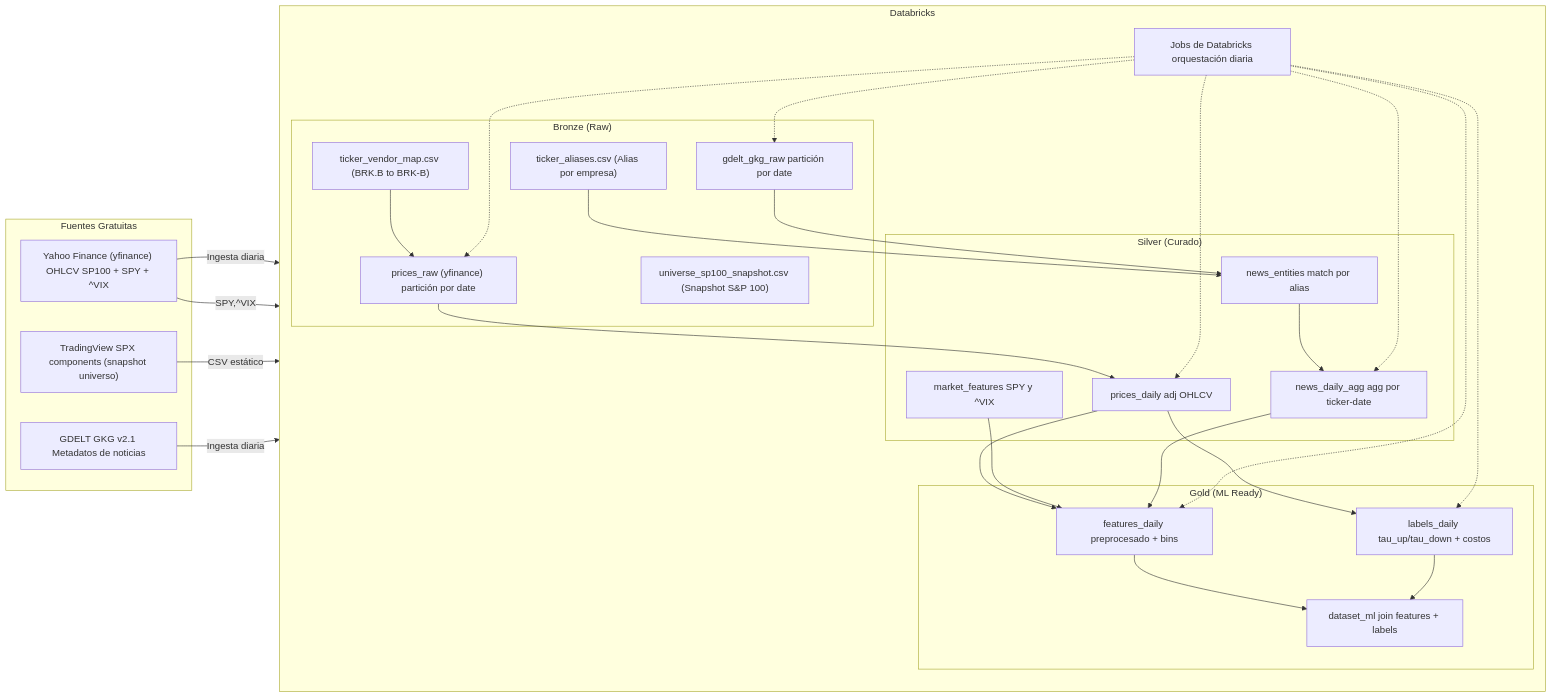
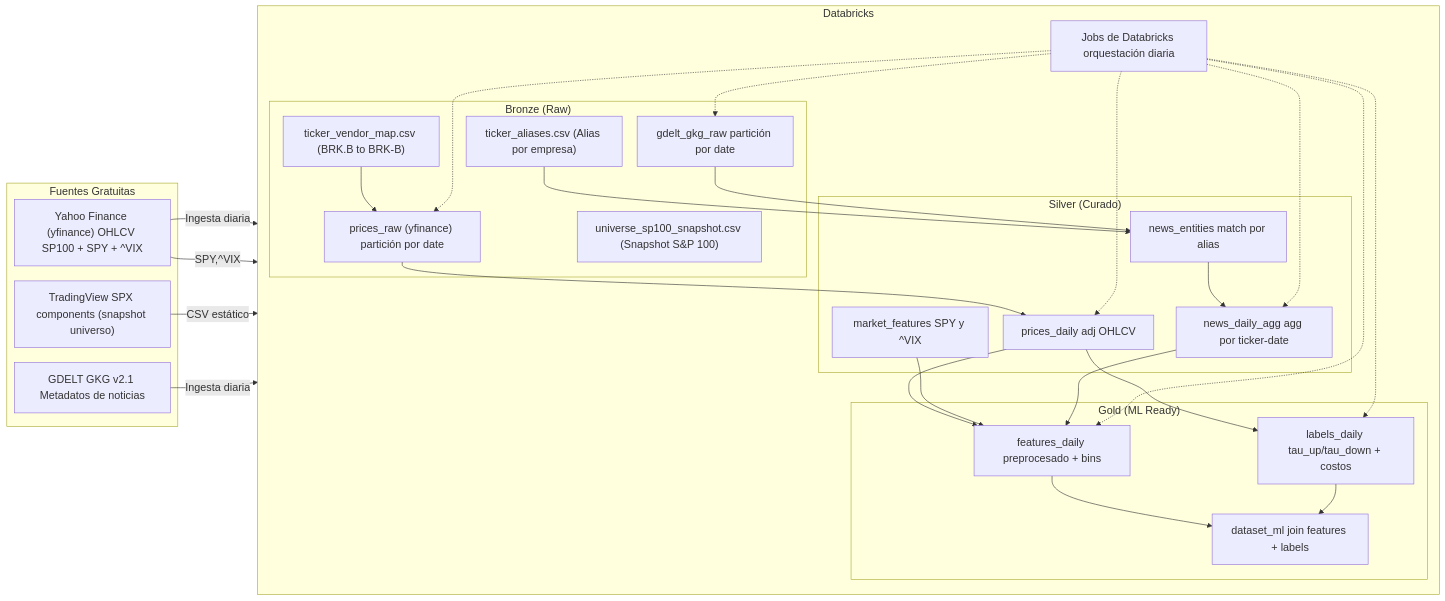
Before and after one commit to PabloPaezSheridan/TFM: the diagram in docs/docs_diagrams_arquitectura_mvp2.mmd, drawn with Mermaid.

Commit message:
Enhance the words size in diagram

```diff
--- a/docs/docs_diagrams_arquitectura_mvp2.mmd
+++ b/docs/docs_diagrams_arquitectura_mvp2.mmd
@@ -1,58 +1,59 @@
+%%{init: {'theme': 'default', 'themeVariables': { 'fontSize': '18px' }, 'flowchart': { 'nodeSpacing': 25, 'rankSpacing': 25 }}}%%
 flowchart LR
   %% Arquitectura MVP: Medallion + fuentes gratuitas (sin checks de calidad)
 
   subgraph Sources["Fuentes Gratuitas"]
     YF["Yahoo Finance (yfinance) OHLCV SP100 + SPY + ^VIX"]
     TV["TradingView SPX components (snapshot universo)"]
     GDELT["GDELT GKG v2.1 Metadatos de noticias"]
   end
 
   subgraph Databricks["Databricks"]
     direction TB
 
     subgraph Bronze["Bronze (Raw)"]
       U["universe_sp100_snapshot.csv (Snapshot S&amp;P 100)"]
       M["ticker_vendor_map.csv (BRK.B to BRK-B)"]
       A["ticker_aliases.csv (Alias por empresa)"]
       P["prices_raw (yfinance) partición por date"]
       N["gdelt_gkg_raw partición por date"]
     end
 
     subgraph Silver["Silver (Curado)"]
       PD["prices_daily adj OHLCV"]
       MF["market_features SPY y ^VIX"]
       NE["news_entities match por alias"]
       NA["news_daily_agg agg por ticker-date"]
     end
 
     subgraph Gold["Gold (ML Ready)"]
       FE["features_daily preprocesado + bins"]
       LB["labels_daily tau_up/tau_down + costos"]
       DS["dataset_ml join features + labels"]
     end
 
     O["Jobs de Databricks orquestación diaria"]
   end
 
   %% Flujo de datos
   YF -->|Ingesta diaria| P
   YF -->|SPY,^VIX| MF
   TV -->|CSV estático| U
   GDELT -->|Ingesta diaria| N
   M --> P
   A --> NE
 
   P --> PD
   PD --> FE
   MF --> FE
   N --> NE --> NA --> FE
   FE --> DS
   PD --> LB --> DS
 
   %% Orquestación
   O -.-> P
   O -.-> N
   O -.-> PD
   O -.-> NA
   O -.-> FE
   O -.-> LB
```
